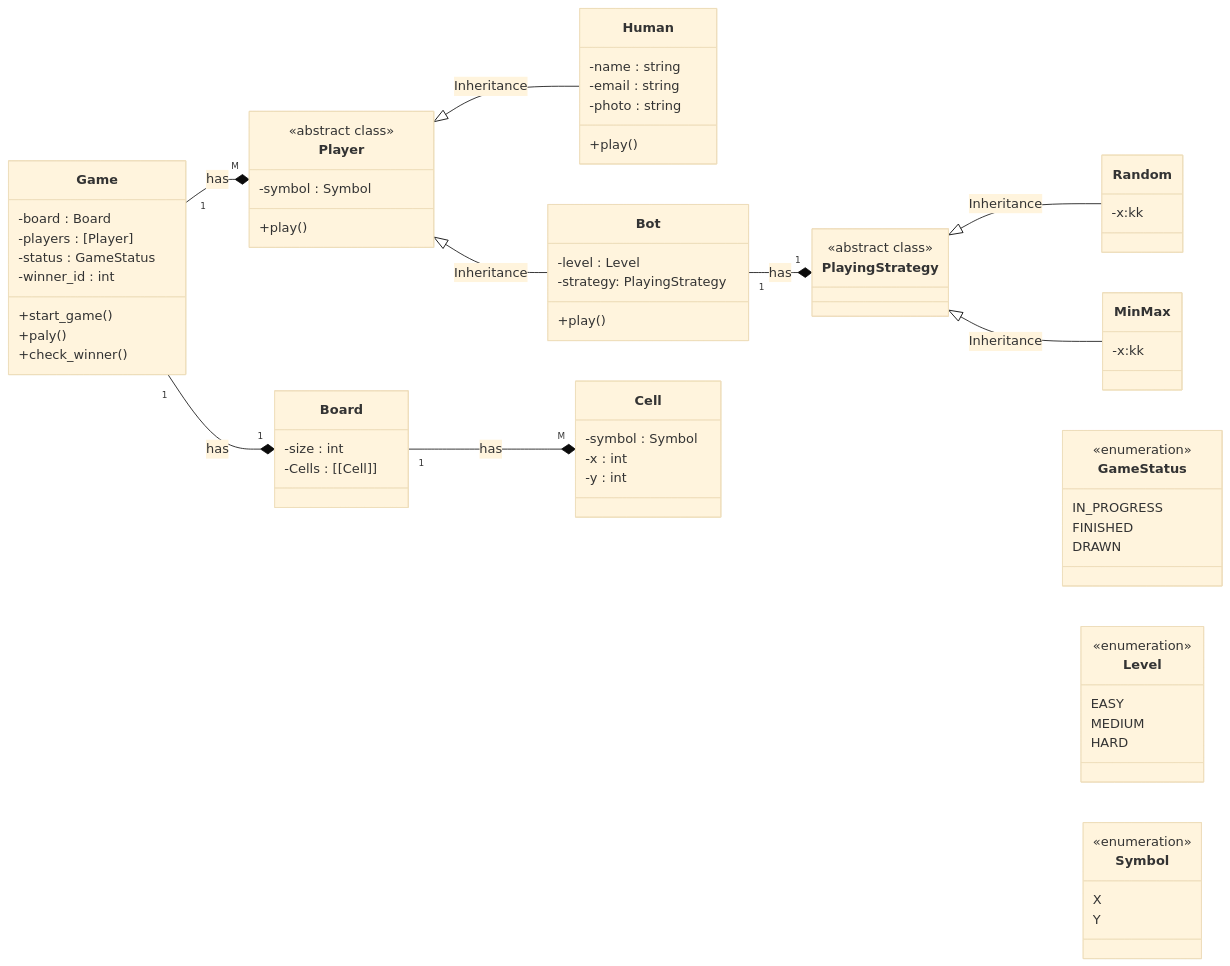
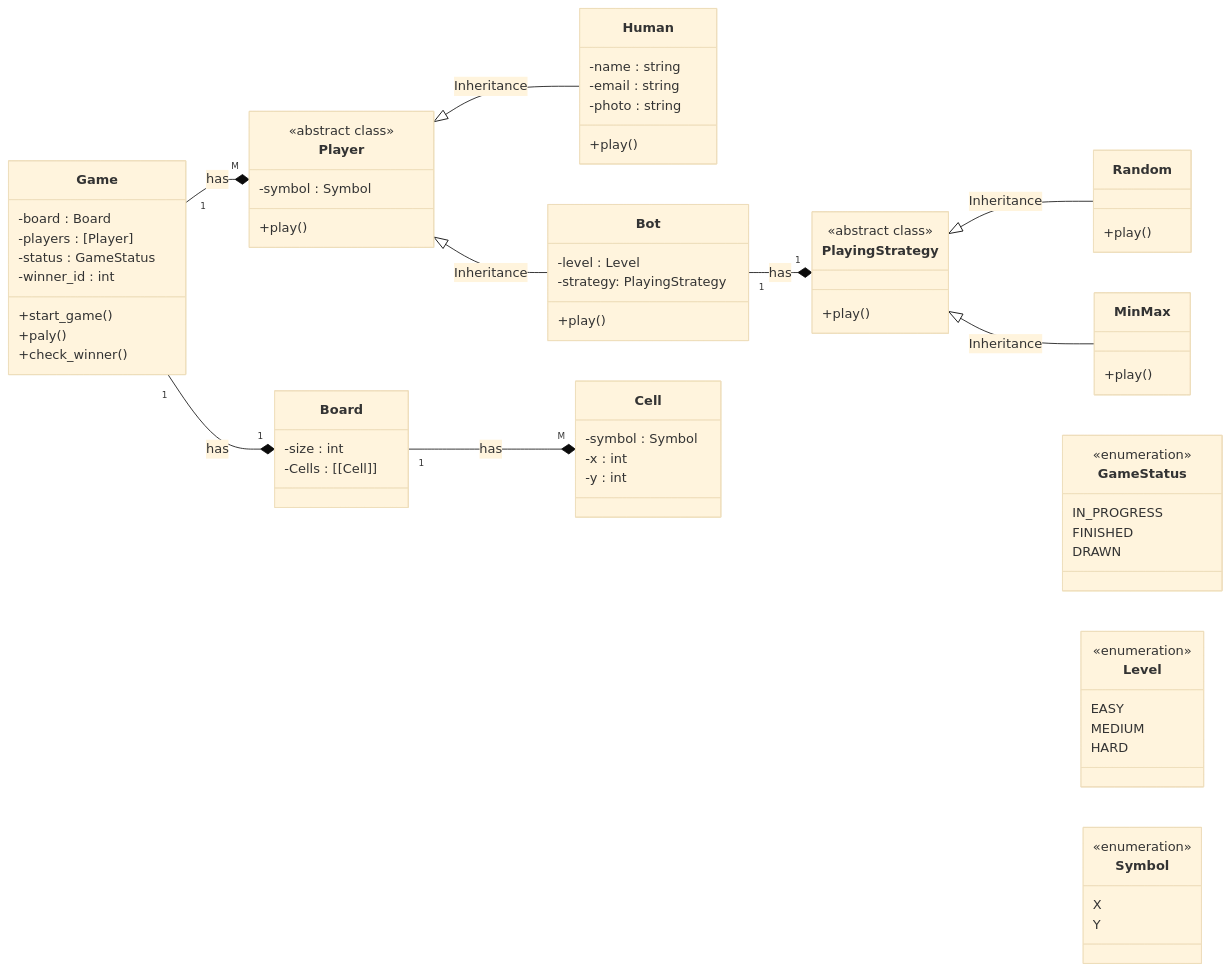
The diagram in lld/tic-tac-toe/v2_class_diagram.md (abheiie/interview), drawn with Mermaid (base theme) before and after one commit. The commit also changed other lines of this file and 1 other file, not shown here.

Commit message:
working on lld tic tac toe

```diff
--- a/lld/tic-tac-toe/v2_class_diagram.md
+++ b/lld/tic-tac-toe/v2_class_diagram.md
@@ -85,15 +85,16 @@
 }
 class PlayingStrategy{
     <<abstract class>>
+    +play()
 }
 
 class Random{
-    -x:kk
+    +play()
 
 }
 
 class MinMax{
-    -x:kk
+    +play()
 }
 
 class Board{
```
